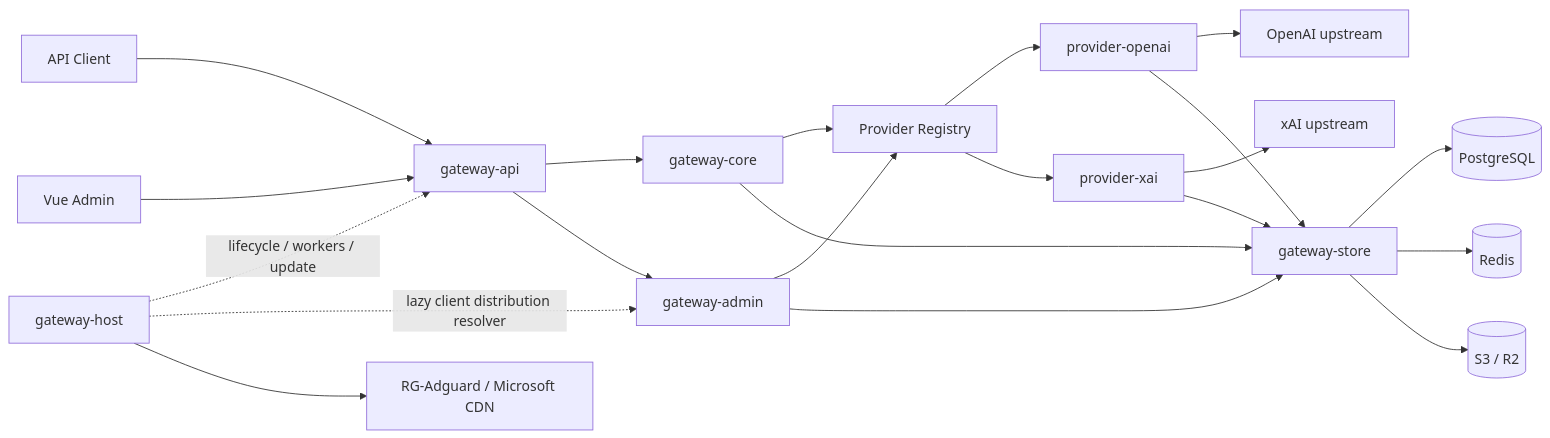
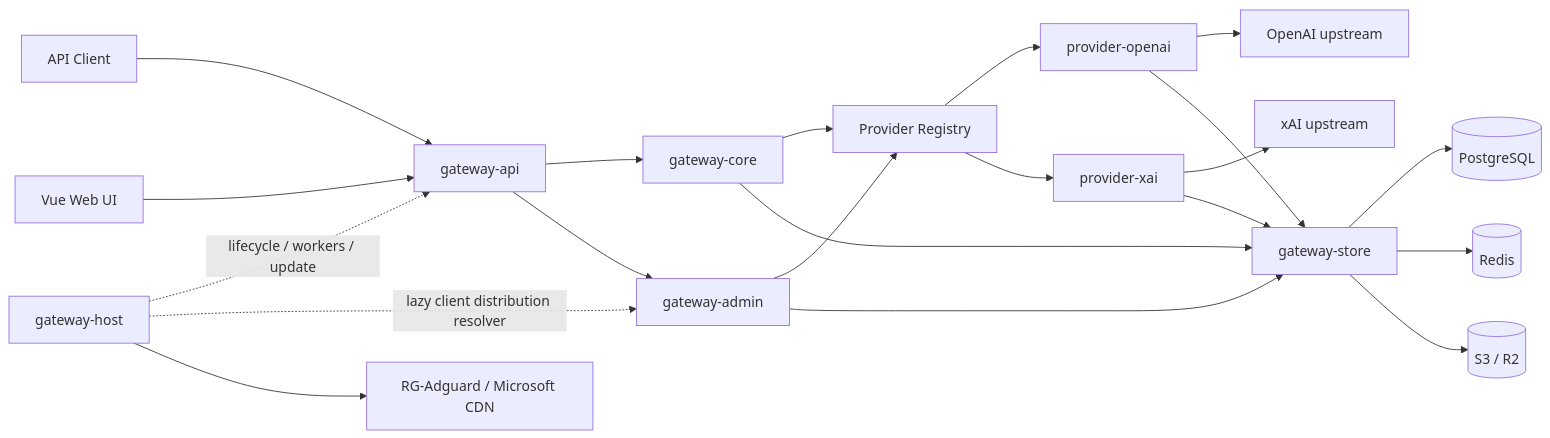
One commit to 2han9wen71an/codex-proxy-rs changed the first of 2 diagrams in docs/architecture.md. Above: the diagram before and after it, drawn with Mermaid. The commit also changed other lines of this file and 98 other files, not shown here.

````diff
--- a/docs/architecture.md
+++ b/docs/architecture.md
@@ -22,27 +23,27 @@
 ```mermaid
 flowchart LR
   Client[API Client] --> API[gateway-api]
-  Browser[Vue Admin] --> API
+  Browser[Vue Web UI] --> API
 
   API --> Core[gateway-core]
   API --> Admin[gateway-admin]
 
   Core --> Registry[Provider Registry]
   Admin --> Registry
   Registry --> OpenAI[provider-openai]
   Registry --> XAI[provider-xai]
   OpenAI --> OpenAIUpstream[OpenAI upstream]
   XAI --> XAIUpstream[xAI upstream]
 
   Core --> Store[gateway-store]
   Admin --> Store
   OpenAI --> Store
   XAI --> Store
   Store --> PG[(PostgreSQL)]
   Store --> Redis[(Redis)]
   Store --> Object[(S3 / R2)]
 
   Host[gateway-host] -. lifecycle / workers / update .-> API
   Host -. lazy client distribution resolver .-> Admin
   Host --> StoreLinks[RG-Adguard / Microsoft CDN]
 ```
````
